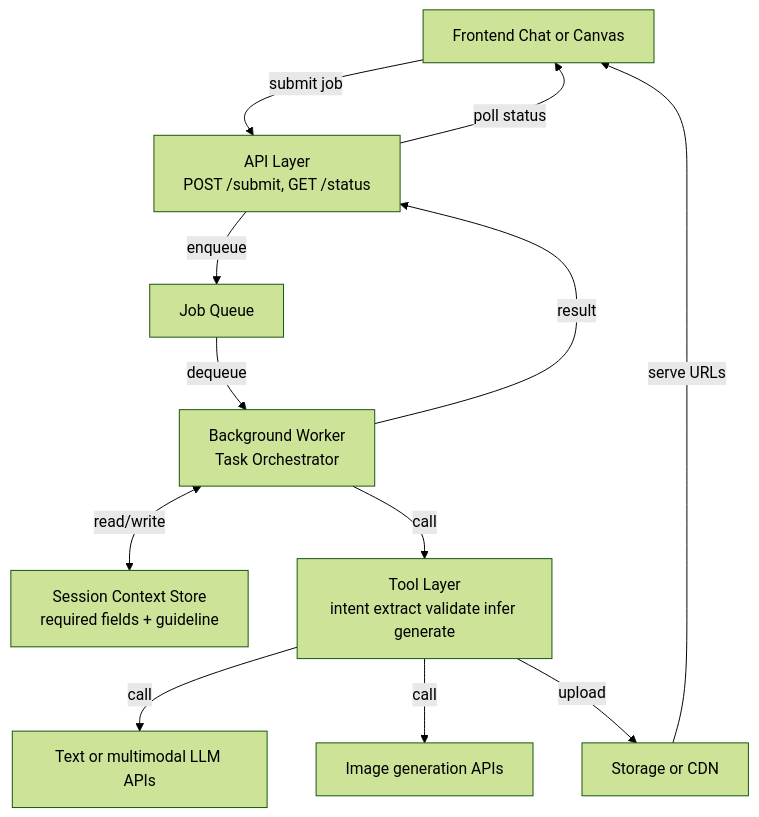
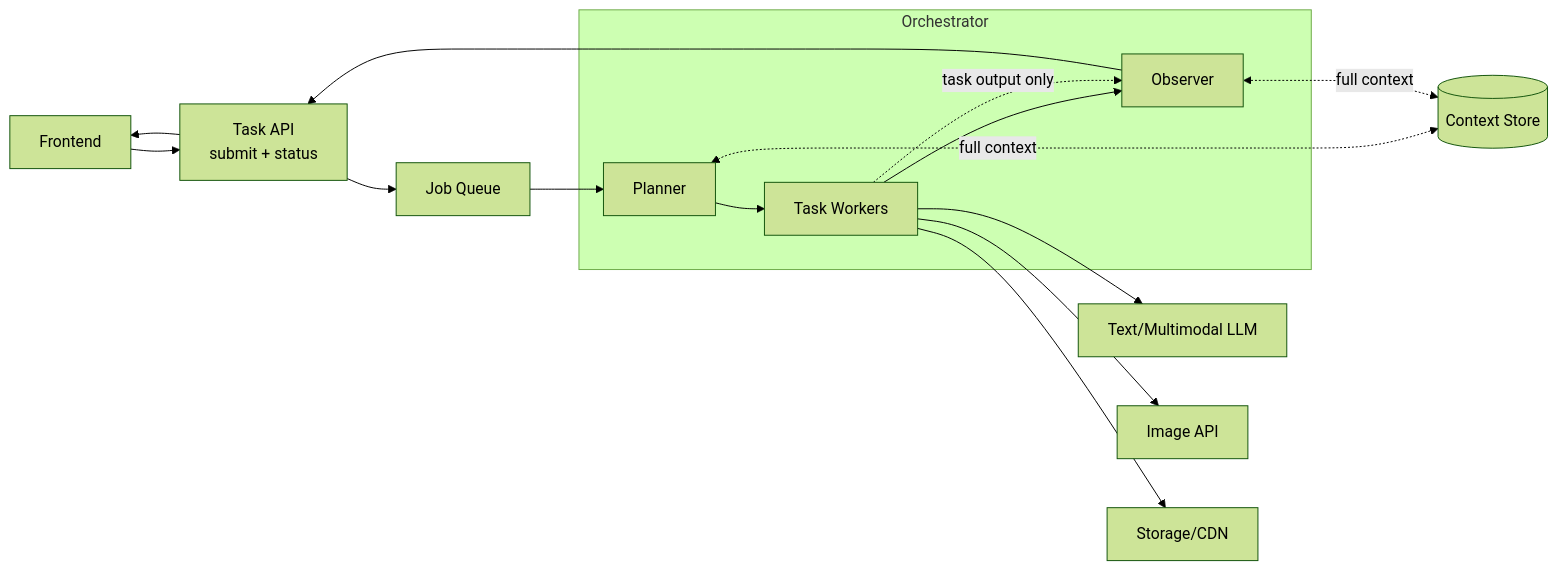
Before and after one commit to Ne4nf/Agent-Memory: the second of 6 diagrams in tech.md, drawn with Mermaid (forest theme). The commit also changed other lines of this file, not shown here.

````diff
--- a/tech.md
+++ b/tech.md
@@ -85,24 +114,29 @@
 ```mermaid
-graph TB
-    FE[Frontend Chat or Canvas]
-    API["API Layer\nPOST /submit, GET /status"]
-    QUEUE[Job Queue]
-    WORKER[Background Worker\nTask Orchestrator]
-    CTX["Session Context Store\nrequired fields + guideline"]
-    TOOLBOX["Tool Layer\nintent extract validate infer generate"]
-    LLM["Text or multimodal LLM APIs"]
-    IMG["Image generation APIs"]
-    STO["Storage or CDN"]
+graph LR
+    FE[Frontend]
+    API[Task API\nsubmit + status]
+    Q[Job Queue]
 
-    FE -->|submit job| API
-    API -->|enqueue| QUEUE
-    QUEUE -->|dequeue| WORKER
-    WORKER <-->|read/write| CTX
-    WORKER -->|call| TOOLBOX
-    TOOLBOX -->|call| LLM
-    TOOLBOX -->|call| IMG
-    TOOLBOX -->|upload| STO
-    WORKER -->|result| API
-    API -->|poll status| FE
-    STO -->|serve URLs| FE
+    subgraph ORCH[Orchestrator]
+      P[Planner]
+      TS[Task Workers]
+      O[Observer]
+    end
+
+    CTX[(Context Store)]
+    LLM[Text/Multimodal LLM]
+    IMG[Image API]
+    STO[Storage/CDN]
+
+    FE --> API --> Q --> P
+    P --> TS --> O
+    O --> API --> FE
+
+    TS --> LLM
+    TS --> IMG
+    TS --> STO
+
+    P <-. full context .-> CTX
+    O <-. full context .-> CTX
+    TS -. task output only .-> O
 ```
````
